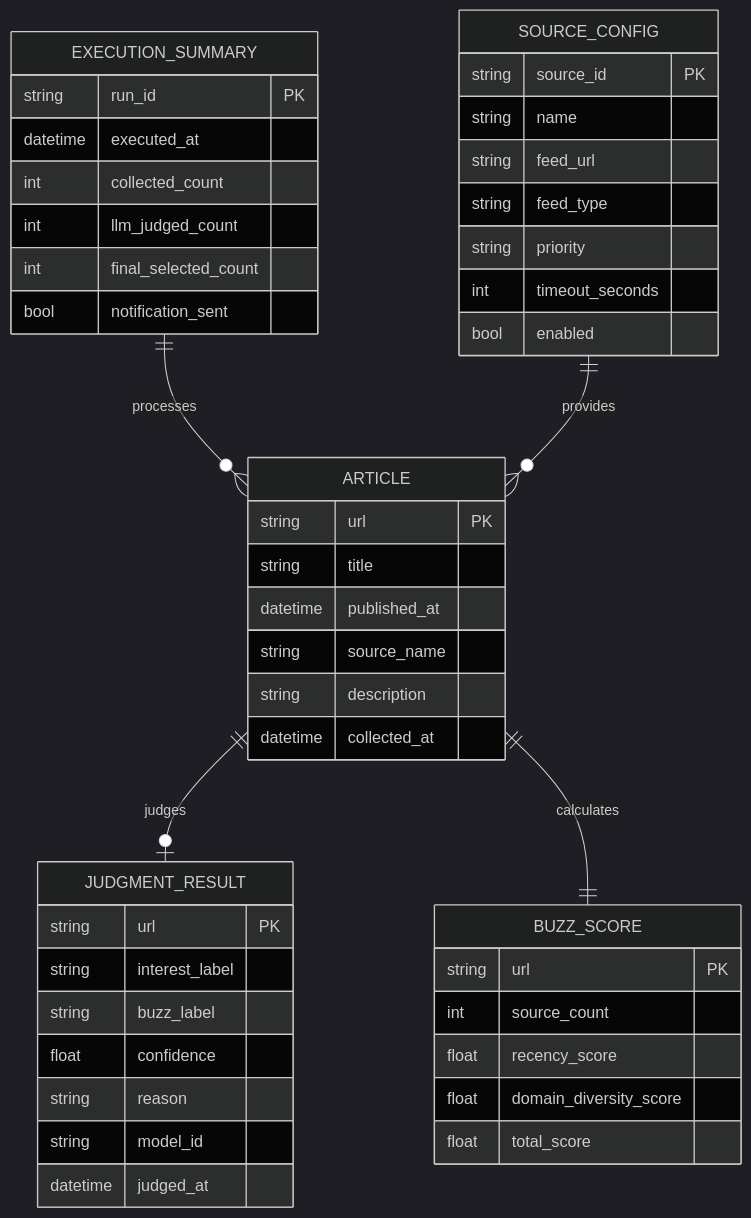
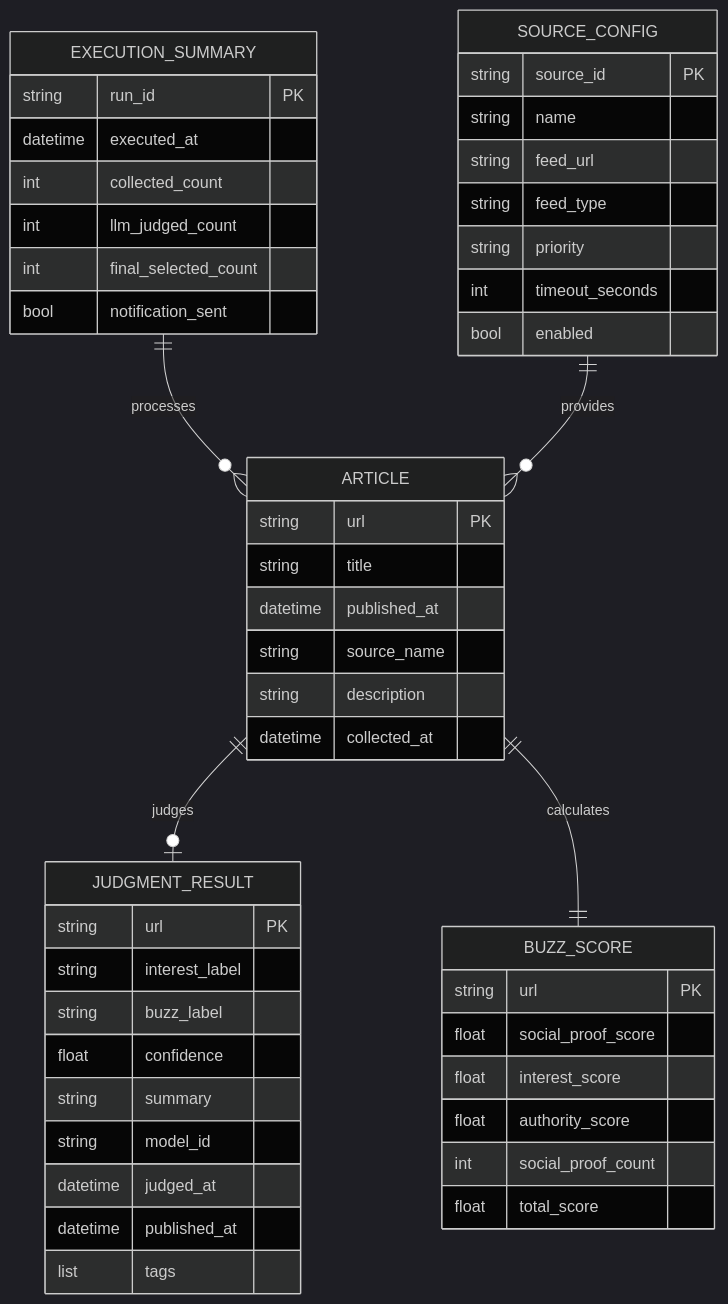
One commit to k-negishi/ai-curated-newsletter changed the second of 4 diagrams in docs/functional-design.md. Above: the diagram before and after it, drawn with Mermaid (dark theme). The commit also changed other lines of this file and 5 other files, not shown here.

````diff
--- a/docs/functional-design.md
+++ b/docs/functional-design.md
@@ -349,53 +355,56 @@
 ```mermaid
 erDiagram
     ARTICLE ||--o| JUDGMENT_RESULT : "judges"
     ARTICLE ||--|| BUZZ_SCORE : "calculates"
     EXECUTION_SUMMARY ||--o{ ARTICLE : "processes"
     SOURCE_CONFIG ||--o{ ARTICLE : "provides"
 
     ARTICLE {
         string url PK
         string title
         datetime published_at
         string source_name
         string description
         datetime collected_at
     }
 
     JUDGMENT_RESULT {
         string url PK
         string interest_label
         string buzz_label
         float confidence
-        string reason
+        string summary
         string model_id
         datetime judged_at
+        datetime published_at
+        list tags
     }
 
     BUZZ_SCORE {
         string url PK
-        int source_count
-        float recency_score
-        float domain_diversity_score
+        float social_proof_score
+        float interest_score
+        float authority_score
+        int social_proof_count
         float total_score
     }
 
     EXECUTION_SUMMARY {
         string run_id PK
         datetime executed_at
         int collected_count
         int llm_judged_count
         int final_selected_count
         bool notification_sent
     }
 
     SOURCE_CONFIG {
         string source_id PK
         string name
         string feed_url
         string feed_type
         string priority
         int timeout_seconds
         bool enabled
     }
 ```
````
